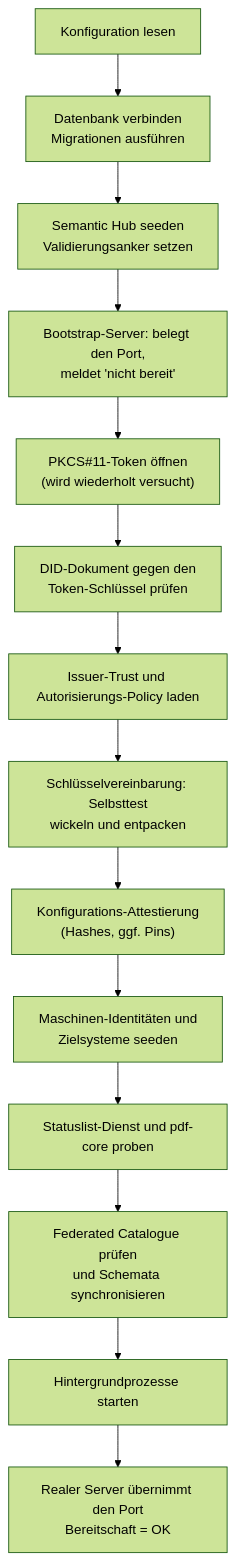
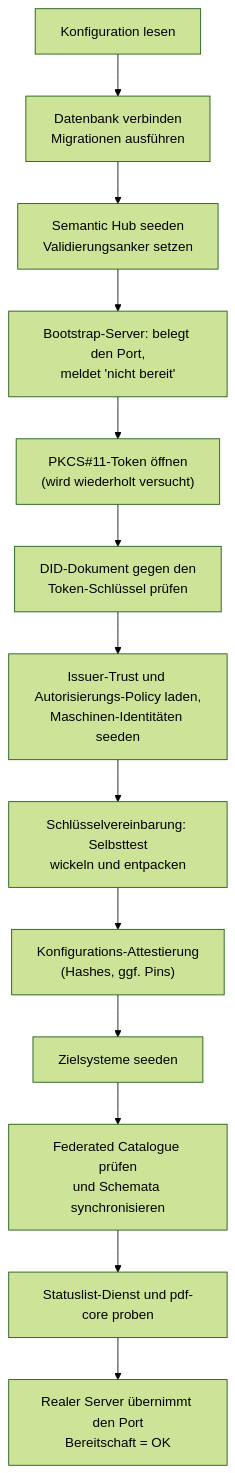
The diagram in docs/technical-manual/10-betrieb-und-monitoring.md (arnemileswinter/facis-dcs), drawn with Mermaid (forest theme) before and after one commit. The commit also changed other lines of this file and 29 other files, not shown here.

````diff
--- a/docs/technical-manual/10-betrieb-und-monitoring.md
+++ b/docs/technical-manual/10-betrieb-und-monitoring.md
@@ -20,16 +17,15 @@
 ```mermaid
 flowchart TD
     A["Konfiguration lesen"] --> B["Datenbank verbinden<br/>Migrationen ausführen"]
     B --> C["Semantic Hub seeden<br/>Validierungsanker setzen"]
     C --> D["Bootstrap-Server: belegt den Port,<br/>meldet 'nicht bereit'"]
     D --> E["PKCS#11-Token öffnen<br/>(wird wiederholt versucht)"]
     E --> F["DID-Dokument gegen den<br/>Token-Schlüssel prüfen"]
-    F --> G["Issuer-Trust und Autorisierungs-Policy laden"]
+    F --> G["Issuer-Trust und Autorisierungs-Policy laden,<br/>Maschinen-Identitäten seeden"]
     G --> H["Schlüsselvereinbarung: Selbsttest<br/>wickeln und entpacken"]
     H --> I["Konfigurations-Attestierung<br/>(Hashes, ggf. Pins)"]
-    I --> J["Maschinen-Identitäten und<br/>Zielsysteme seeden"]
-    J --> K["Statuslist-Dienst und pdf-core proben"]
-    K --> L["Federated Catalogue prüfen<br/>und Schemata synchronisieren"]
-    L --> M["Hintergrundprozesse starten"]
-    M --> N["Realer Server übernimmt den Port<br/>Bereitschaft = OK"]
+    I --> J["Zielsysteme seeden"]
+    J --> K["Federated Catalogue prüfen<br/>und Schemata synchronisieren"]
+    K --> L["Statuslist-Dienst und pdf-core proben"]
+    L --> M["Realer Server übernimmt den Port<br/>Bereitschaft = OK"]
 ```
````
